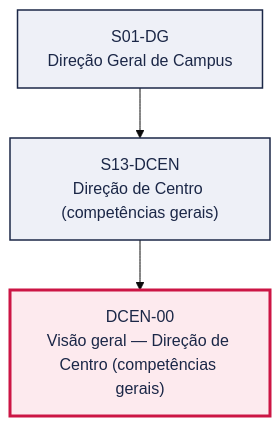
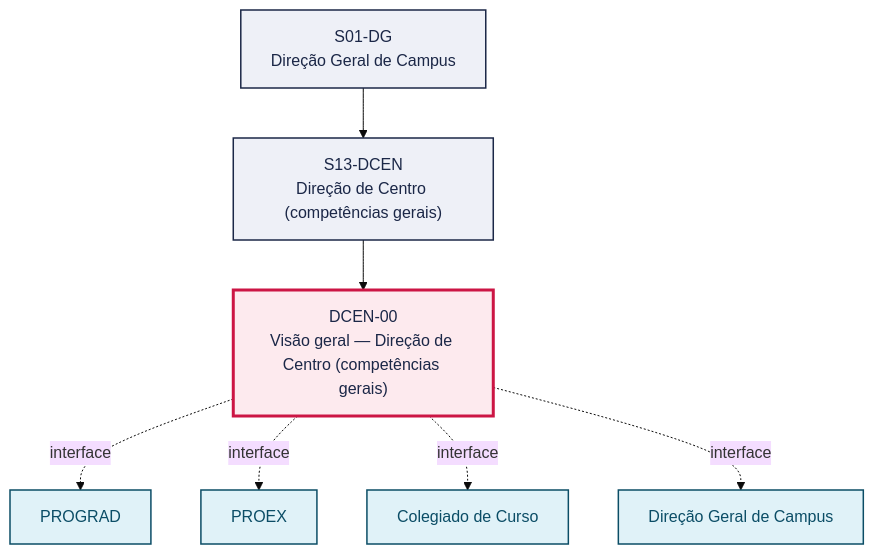
The first of 2 diagrams in pops/DCEN/DCEN-00.md (jessefers/canvas-vivo-atdg), drawn with Mermaid (base theme) before and after one commit. The commit also changed other lines of this file and 9 other files, not shown here.

````diff
--- a/pops/DCEN/DCEN-00.md
+++ b/pops/DCEN/DCEN-00.md
@@ -49,13 +52,22 @@
 ```mermaid
 graph TD
   S01_DG["S01-DG<br/>Direção Geral de Campus"]
   S13_DCEN["S13-DCEN<br/>Direção de Centro (competências gerais)"]
   S01_DG --> S13_DCEN
   P["DCEN-00<br/>Visão geral — Direção de Centro (competências gerais)"]
   S13_DCEN --> P
+  V1["PROGRAD"]
+  P -. interface .-> V1
+  V2["PROEX"]
+  P -. interface .-> V2
+  V3["Colegiado de Curso"]
+  P -. interface .-> V3
+  V4["Direção Geral de Campus"]
+  P -. interface .-> V4
   classDef setor fill:#EEF0F7,stroke:#1B2747,stroke-width:1.5px,color:#1B2747
   classDef destaque fill:#FDEAEE,stroke:#CC1544,stroke-width:3px,color:#1B2747
   classDef vizinho fill:#E0F2F8,stroke:#0B4D66,stroke-width:1.5px,color:#0B4D66
   class S01_DG,S13_DCEN setor
   class P destaque
+  class V1,V2,V3,V4 vizinho
 ```
````
